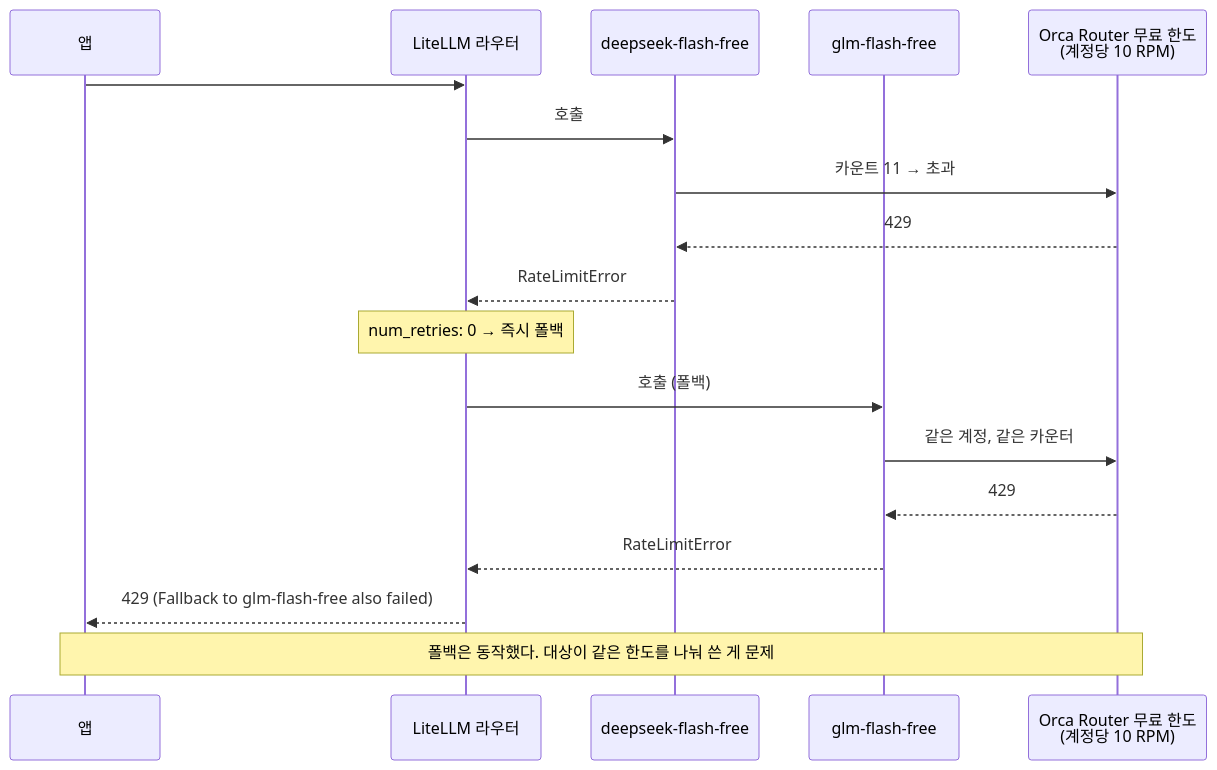
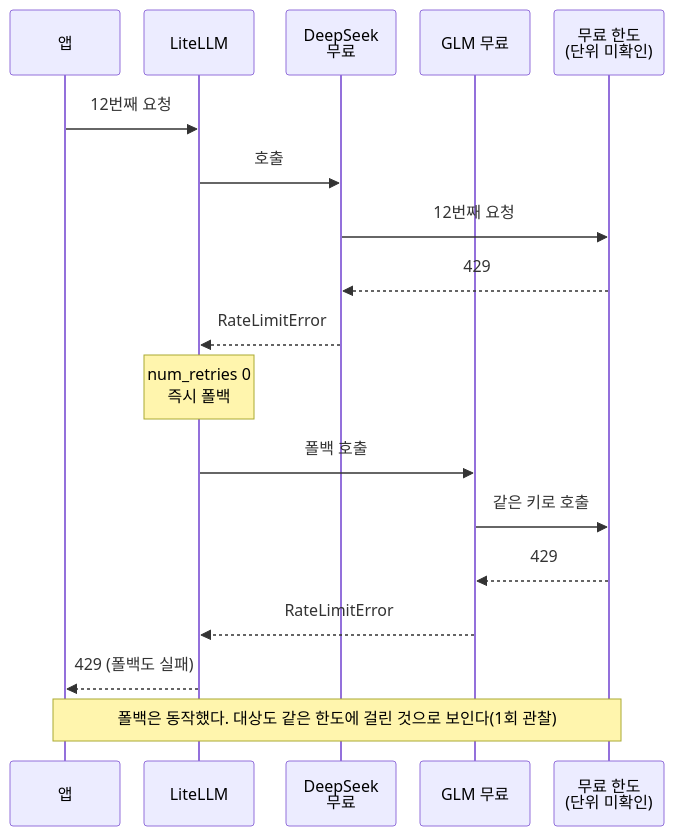
The second of 2 diagrams in _posts/2026-09-26-litellm-gateway-in-front-of-orca-router.md (rojae/rojae.github.io), drawn with Mermaid before and after one commit. The commit also changed other lines of this file and 55 other files, not shown here.

Commit message:
docs: 2026-09-25 이후 글 11편 개편 (SSE·LiteLLM·MCP·심화 문답·FluxGate·해외 본인인증·GLM·가비아 메일·설계 회고·zcode·Two Sum), 다이어그램·표·mermaid 모바일 가독성 공통 개선

````diff
--- a/_posts/2026-09-26-litellm-gateway-in-front-of-orca-router.md
+++ b/_posts/2026-09-26-litellm-gateway-in-front-of-orca-router.md
@@ -413,21 +462,22 @@
 ```mermaid
+%%{init: {"sequence": {"actorMargin": 24, "width": 110, "wrap": true}}}%%
 sequenceDiagram
     participant App as 앱
-    participant GW as LiteLLM 라우터
-    participant DS as deepseek-flash-free
-    participant GLM as glm-flash-free
-    participant Q as Orca Router 무료 한도<br/>(계정당 10 RPM)
+    participant GW as LiteLLM
+    participant DS as DeepSeek 무료
+    participant GLM as GLM 무료
+    participant Q as 무료 한도<br/>(단위 미확인)
 
-    App->>GW: #12 /chat/completions
+    App->>GW: 12번째 요청
     GW->>DS: 호출
-    DS->>Q: 카운트 11 → 초과
+    DS->>Q: 12번째 요청
     Q-->>DS: 429
     DS-->>GW: RateLimitError
-    Note over GW: num_retries: 0 → 즉시 폴백
-    GW->>GLM: 호출 (폴백)
-    GLM->>Q: 같은 계정, 같은 카운터
+    Note over GW: num_retries 0<br/>즉시 폴백
+    GW->>GLM: 폴백 호출
+    GLM->>Q: 같은 키로 호출
     Q-->>GLM: 429
     GLM-->>GW: RateLimitError
-    GW-->>App: 429 (Fallback to glm-flash-free also failed)
-    Note over App,Q: 폴백은 동작했다. 대상이 같은 한도를 나눠 쓴 게 문제
+    GW-->>App: 429 (폴백도 실패)
+    Note over App,Q: 폴백은 동작했다. 대상도 같은 한도에 걸린 것으로 보인다(1회 관찰)
 ```
````
